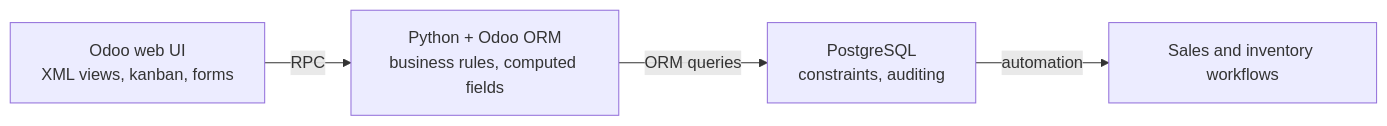
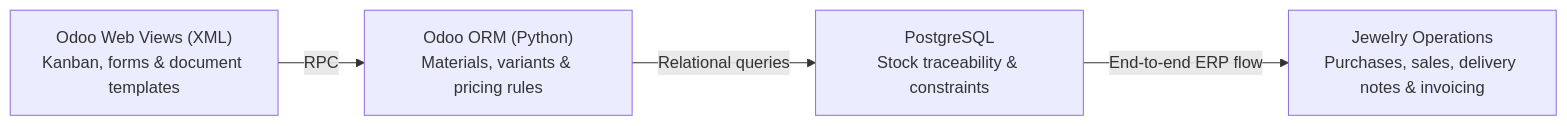
The third of 3 diagrams in README.md (Rorro101004/Rorro101004), drawn with Mermaid before and after one commit. The commit also changed other lines of this file and 1 other file, not shown here.

````diff
--- a/README.md
+++ b/README.md
@@ -99,6 +99,6 @@
 ```mermaid
 flowchart LR
-    A["Odoo web UI<br/>XML views, kanban, forms"] -->|RPC| B["Python + Odoo ORM<br/>business rules, computed fields"]
-    B -->|ORM queries| C["PostgreSQL<br/>constraints, auditing"]
-    C -->|automation| D["Sales and inventory workflows"]
+    A["Odoo Web Views (XML)<br/>Kanban, forms & document templates"] -->|RPC| B["Odoo ORM (Python)<br/>Materials, variants & pricing rules"]
+    B -->|Relational queries| C["PostgreSQL<br/>Stock traceability & constraints"]
+    C -->|End-to-end ERP flow| D["Jewelry Operations<br/>Purchases, sales, delivery notes & invoicing"]
 ```
````
